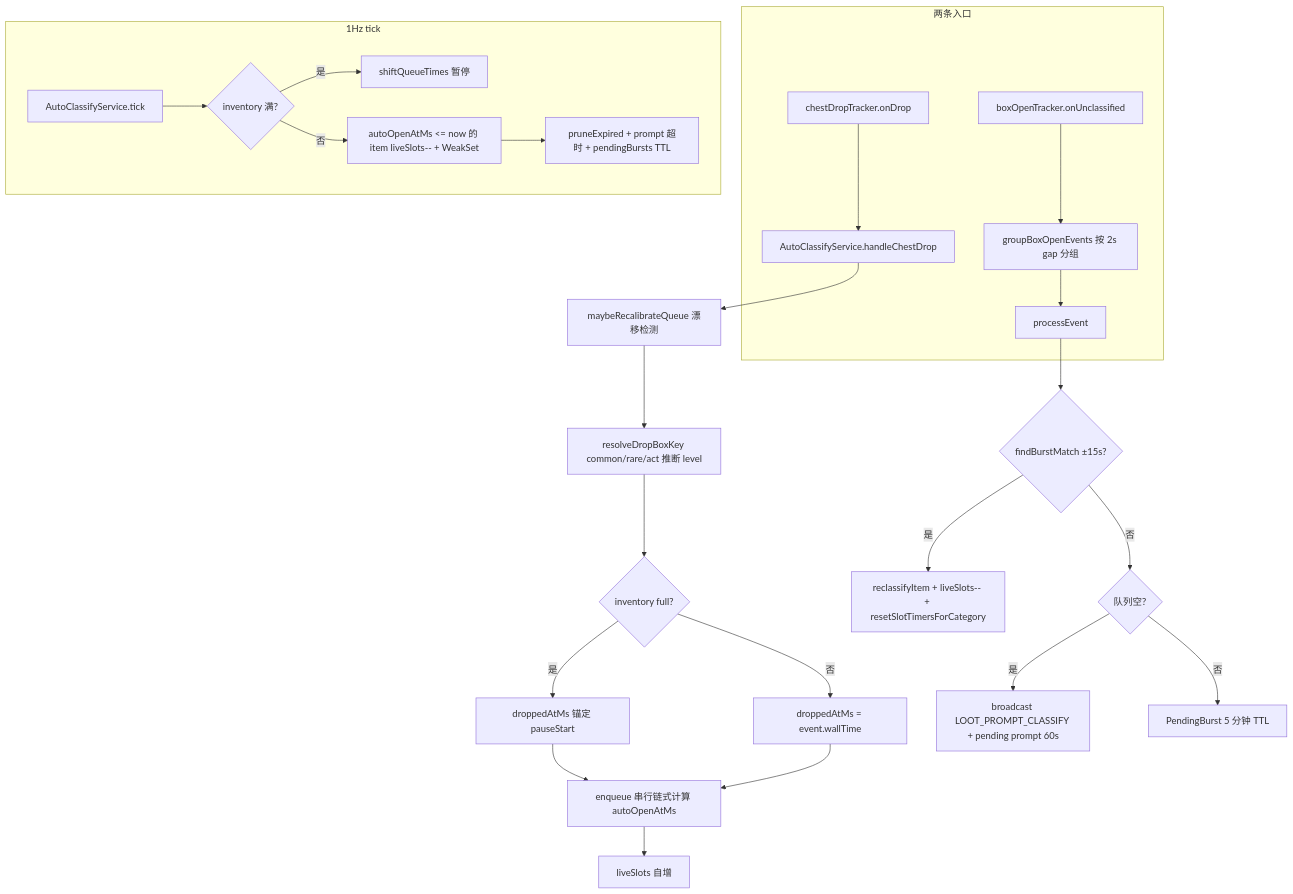
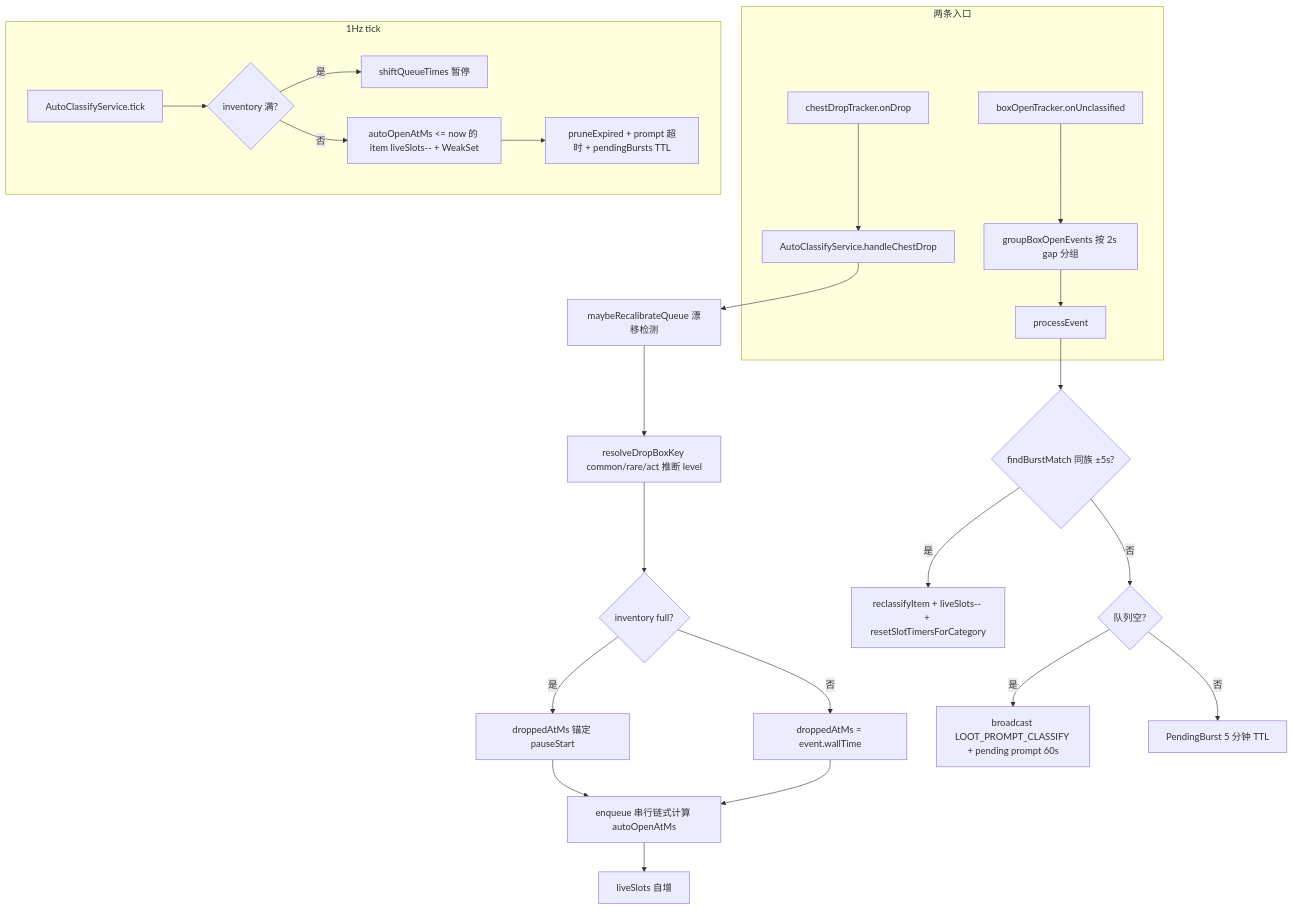
The second of 4 diagrams in docs/business-flows/09-chest-and-autoclassify.md (zioon/tbh-companion), drawn with Mermaid before and after one commit. The commit also changed other lines of this file and 9 other files, not shown here.

````diff
--- a/docs/business-flows/09-chest-and-autoclassify.md
+++ b/docs/business-flows/09-chest-and-autoclassify.md
@@ -154,30 +154,30 @@
 ```mermaid
 %% TBH flow diagram
 flowchart TD
   subgraph inputs [两条入口]
     ChestDrop[chestDropTracker.onDrop] --> HandleDrop[AutoClassifyService.handleChestDrop]
     Unclass[boxOpenTracker.onUnclassified] --> Group[groupBoxOpenEvents 按 2s gap 分组]
     Group --> HandleEvent[processEvent]
   end
   HandleDrop --> Recalib[maybeRecalibrateQueue 漂移检测]
   Recalib --> Resolve[resolveDropBoxKey common/rare/act 推断 level]
   Resolve --> QFull{inventory full?}
   QFull -- 是 --> AnchorPause[droppedAtMs 锚定 pauseStart]
   QFull -- 否 --> AnchorWall[droppedAtMs = event.wallTime]
   AnchorPause --> Enqueue[enqueue 串行链式计算 autoOpenAtMs]
   AnchorWall --> Enqueue
   Enqueue --> LiveSlot[liveSlots 自增]
-  HandleEvent --> Match{findBurstMatch ±15s?}
+  HandleEvent --> Match{findBurstMatch 同族 ±5s?}
   Match -- 是 --> Reclassify[reclassifyItem + liveSlots-- + resetSlotTimersForCategory]
   Match -- 否 --> QEmpty{队列空?}
   QEmpty -- 是 --> Prompt[broadcast LOOT_PROMPT_CLASSIFY + pending prompt 60s]
   QEmpty -- 否 --> PendingBurst[PendingBurst 5 分钟 TTL]
   subgraph tickLoop [1Hz tick]
     Tick[AutoClassifyService.tick] --> QPause{inventory 满?}
     QPause -- 是 --> Shift[shiftQueueTimes 暂停]
     QPause -- 否 --> Decrement[autoOpenAtMs <= now 的 item liveSlots-- + WeakSet]
     Decrement --> Prune[pruneExpired + prompt 超时 + pendingBursts TTL]
   end
   class ChestDrop,Unclass,Group,HandleDrop,HandleEvent,Recalib,Resolve,AnchorPause,AnchorWall,Enqueue,LiveSlot,Reclassify,Prompt,PendingBurst,Tick,Shift,Decrement,Prune data
   class QFull,Match,QEmpty,QPause dec
 ```
````
